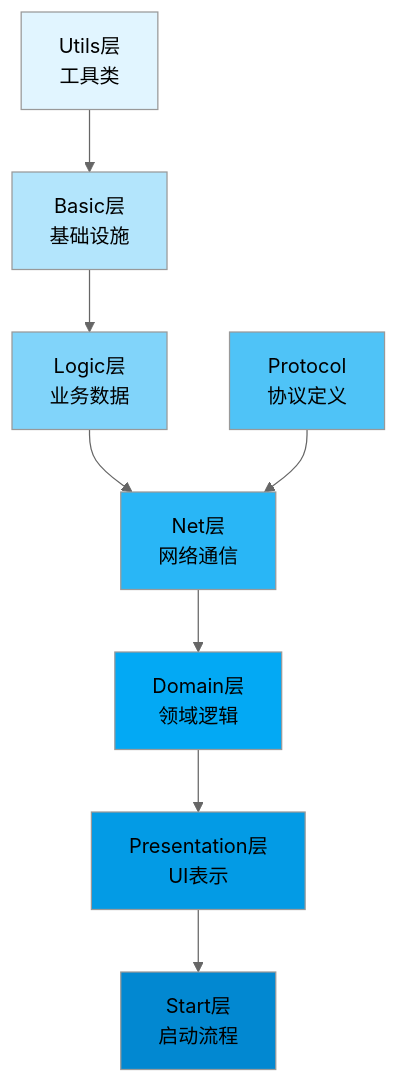
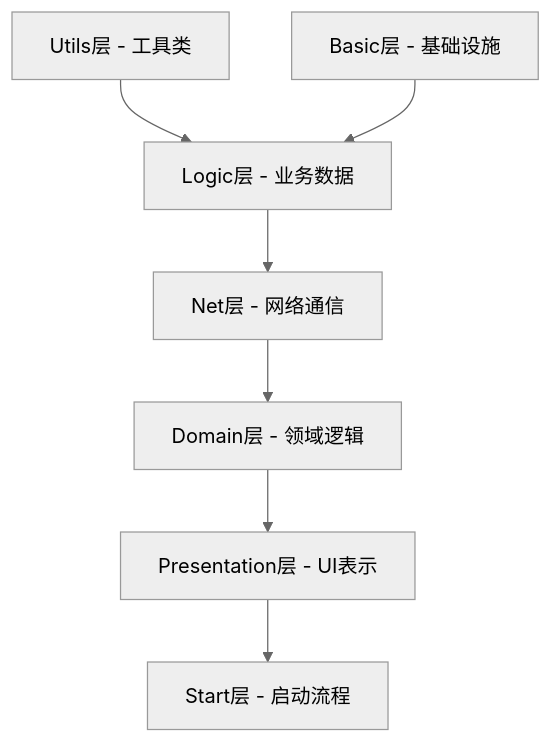
Before and after one commit to zlex001/LOA-Client: the first of 6 diagrams in Documents/客户端架构文档.md, drawn with Mermaid (neutral theme). The commit also changed other lines of this file and 1 other file, not shown here.

````diff
--- a/Documents/客户端架构文档.md
+++ b/Documents/客户端架构文档.md
@@ -4,28 +4,17 @@
 ```mermaid
 graph TB
-    Utils[Utils层<br/>工具类]
-    Basic[Basic层<br/>基础设施]
-    Logic[Logic层<br/>业务数据]
-    Protocol[Protocol<br/>协议定义]
-    Net[Net层<br/>网络通信]
-    Domain[Domain层<br/>领域逻辑]
-    Presentation[Presentation层<br/>UI表示]
-    Start[Start层<br/>启动流程]
-    
-    Utils --> Basic
+    Utils["Utils层 - 工具类"]
+    Basic["Basic层 - 基础设施"]
+    Logic["Logic层 - 业务数据"]
+    Net["Net层 - 网络通信"]
+    Domain["Domain层 - 领域逻辑"]
+    Presentation["Presentation层 - UI表示"]
+    Start["Start层 - 启动流程"]
+
+    Utils --> Logic
     Basic --> Logic
     Logic --> Net
-    Protocol --> Net
     Net --> Domain
     Domain --> Presentation
     Presentation --> Start
-    
-    style Utils fill:#e1f5ff
-    style Basic fill:#b3e5fc
-    style Logic fill:#81d4fa
-    style Protocol fill:#4fc3f7
-    style Net fill:#29b6f6
-    style Domain fill:#03a9f4
-    style Presentation fill:#039be5
-    style Start fill:#0288d1
 ```
````
